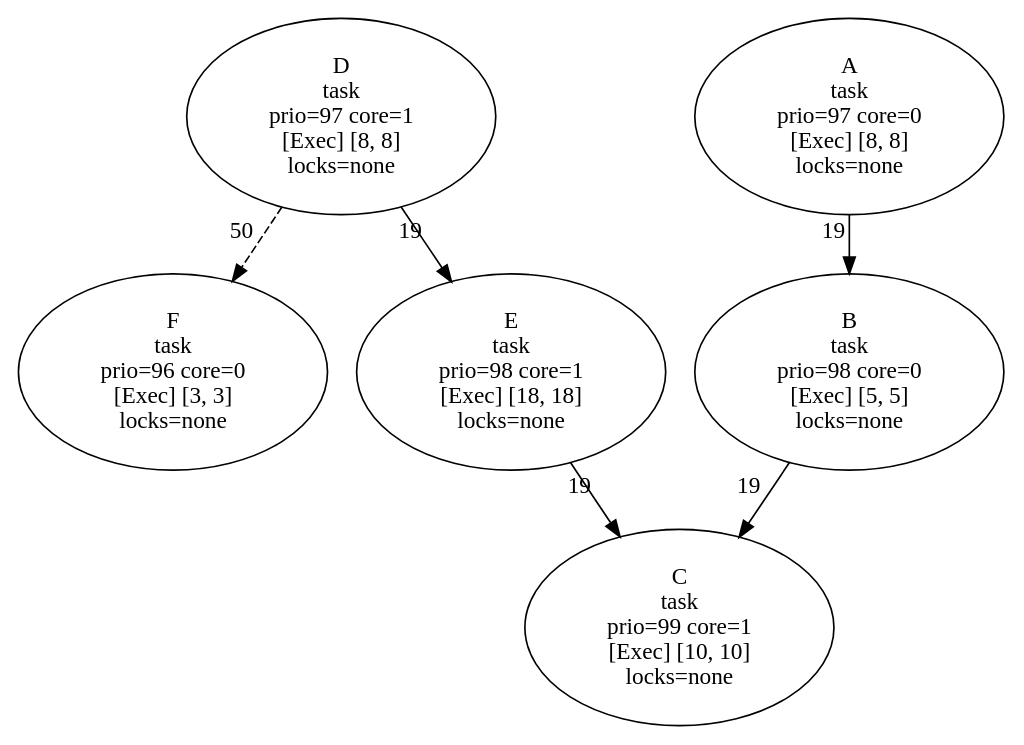
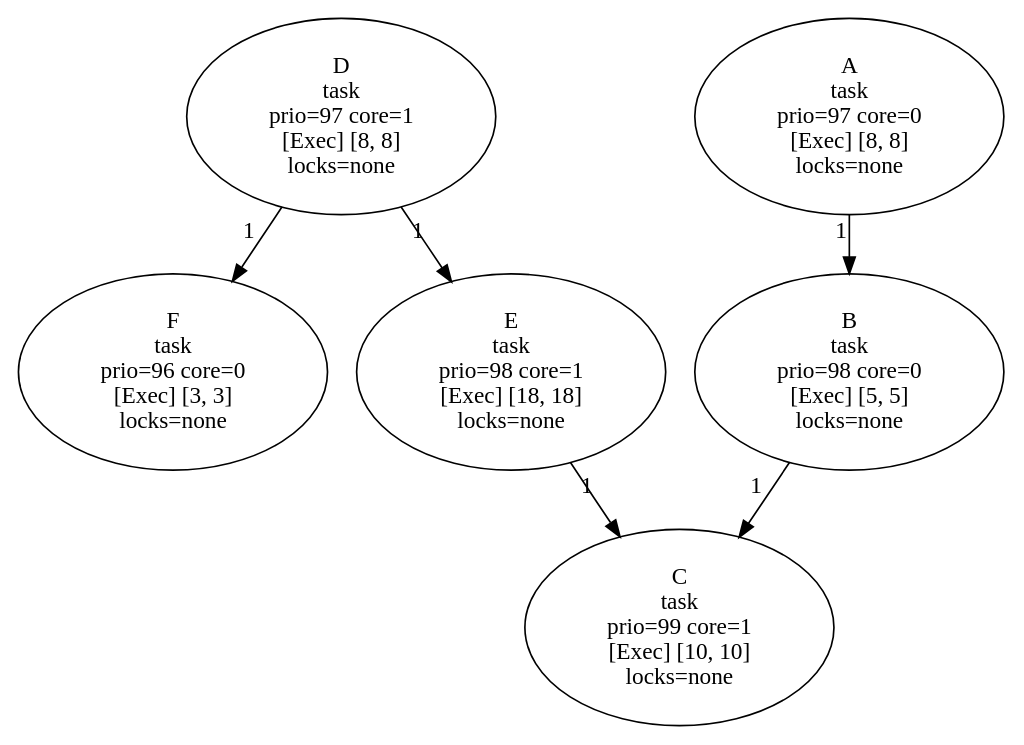
Before and after one commit to kevindadi/PPTPN: the diagram in experiment/point-interval/rt-system/priority/tdg.dot, drawn with Graphviz. The commit also changed 6 other files, not shown here.

```diff
--- a/experiment/point-interval/rt-system/priority/tdg.dot
+++ b/experiment/point-interval/rt-system/priority/tdg.dot
@@ -1,13 +1,13 @@
 digraph G {
     F [label = "F\ntask\nprio=96 core=0\n[Exec] [3, 3]\nlocks=none";];
     E [label = "E\ntask\nprio=98 core=1\n[Exec] [18, 18]\nlocks=none";];
     A [label = "A\ntask\nprio=97 core=0\n[Exec] [8, 8]\nlocks=none";];
     D [label = "D\ntask\nprio=97 core=1\n[Exec] [8, 8]\nlocks=none";];
     C [label = "C\ntask\nprio=99 core=1\n[Exec] [10, 10]\nlocks=none";];
     B [label = "B\ntask\nprio=98 core=0\n[Exec] [5, 5]\nlocks=none";];
-    A -> B [xlabel = "19";];
-    B -> C [xlabel = "19";];
-    D -> E [xlabel = "19";];
-    E -> C [xlabel = "19";];
-    D -> F [xlabel = "50"; style = "dashed";];
+    A -> B [xlabel = "1";];
+    B -> C [xlabel = "1";];
+    D -> E [xlabel = "1";];
+    E -> C [xlabel = "1";];
+    D -> F [xlabel = "1";];
 }
```
